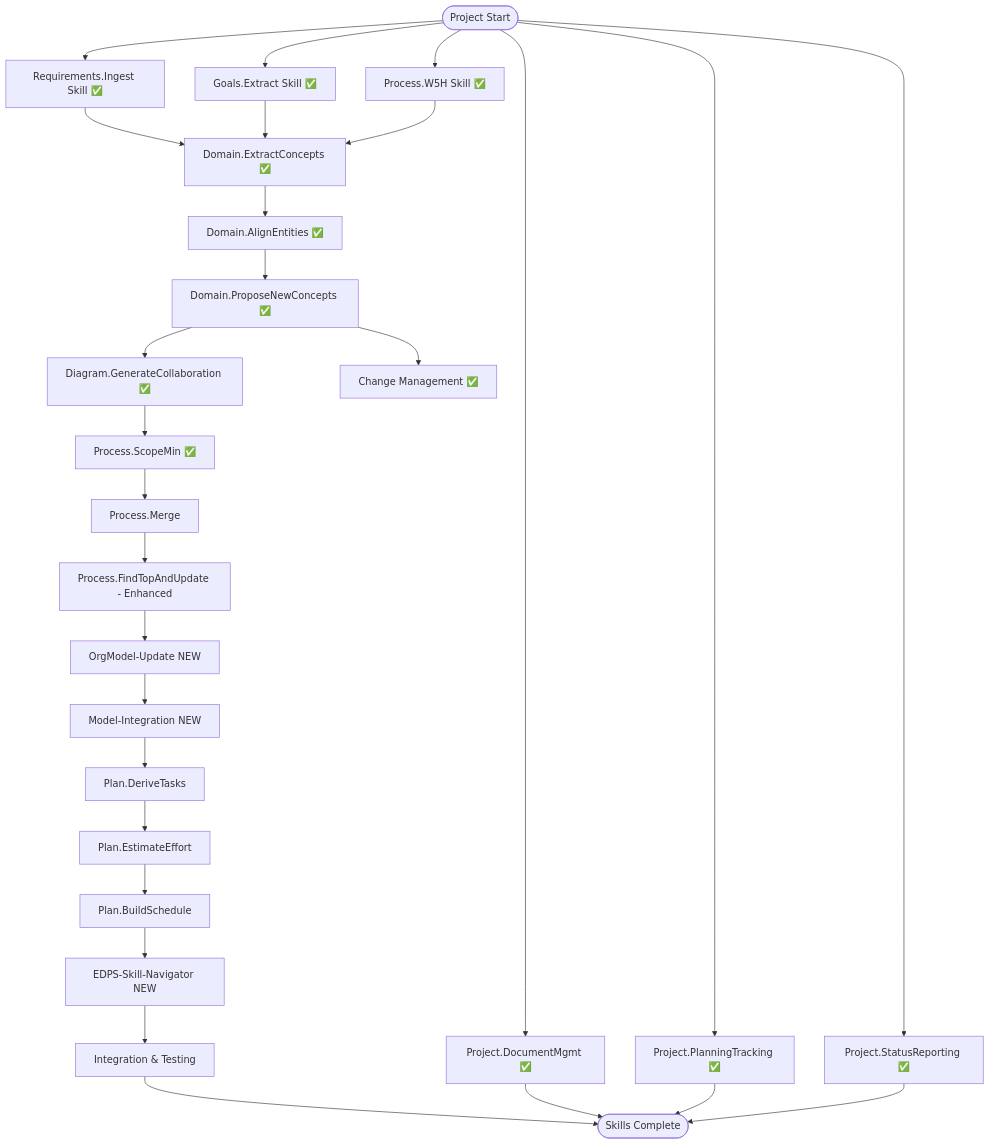
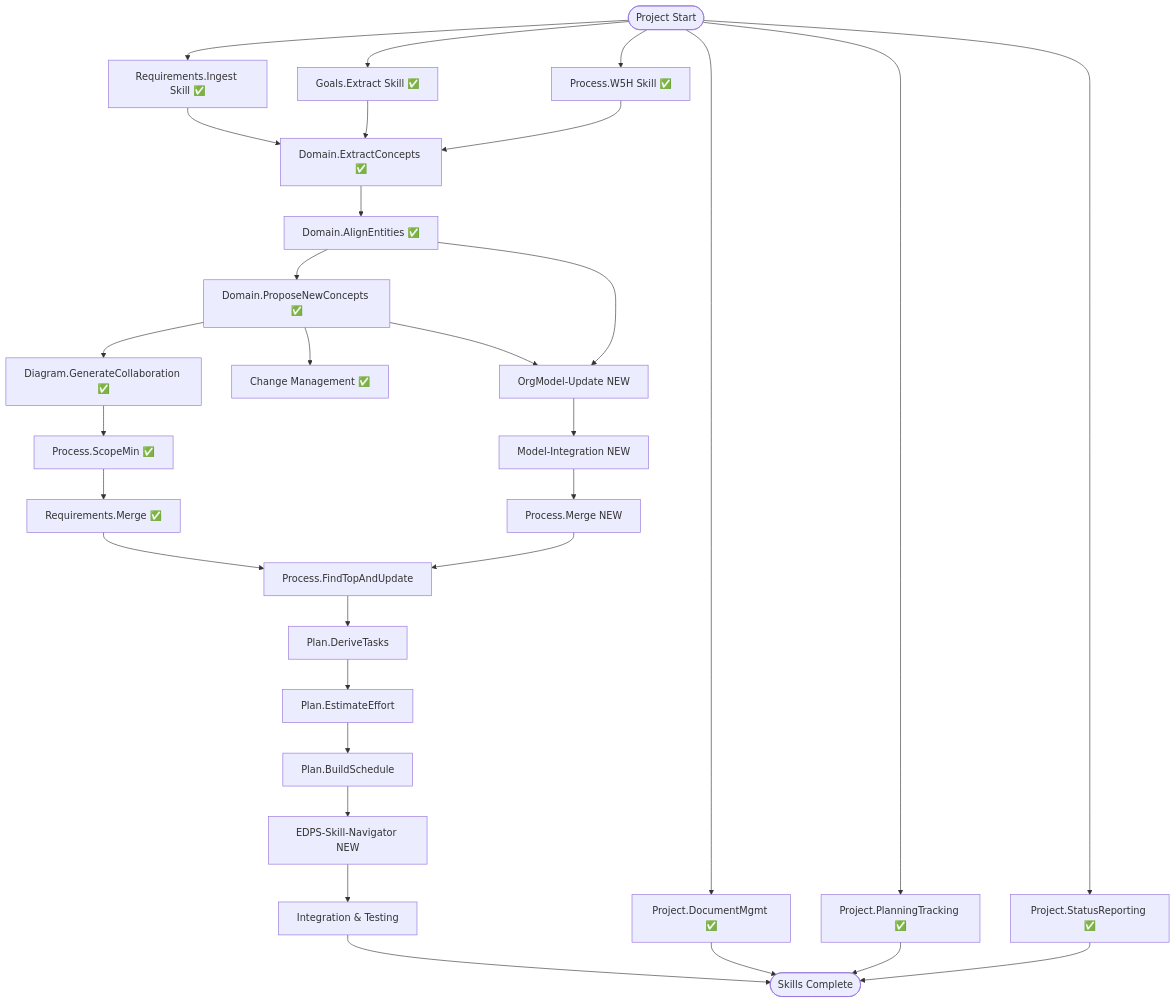
One commit to zhongadamwang/AI_Slowcooker changed the diagram in OrgDocument/projects/01 - Building Skills/project-plan.md. Above: the diagram before and after it, drawn with Mermaid. The commit also changed other lines of this file and 5 other files, not shown here.

Commit message:
Fix process merge skill improper settings

````diff
--- a/OrgDocument/projects/01 - Building Skills/project-plan.md
+++ b/OrgDocument/projects/01 - Building Skills/project-plan.md
@@ -52,30 +55,33 @@
 ```mermaid
 graph TD
     Start([Project Start]) --> T2[Requirements.Ingest Skill ✅]
     Start --> T3[Goals.Extract Skill ✅]
     Start --> T4[Process.W5H Skill ✅]
     T2 --> T5[Domain.ExtractConcepts ✅]
     T3 --> T5
     T4 --> T5
     T5 --> T6[Domain.AlignEntities ✅]
     T6 --> T7[Domain.ProposeNewConcepts ✅]
     T7 --> T8[Diagram.GenerateCollaboration ✅]
     T8 --> T9[Process.ScopeMin ✅]
     T7 --> T16[Change Management ✅]
-    T9 --> T10[Process.Merge]
-    T10 --> T11[Process.FindTopAndUpdate - Enhanced]
-    T11 --> T17[OrgModel-Update NEW]
+    T9 --> T10R[Requirements.Merge ✅]
+    T10R --> T11[Process.FindTopAndUpdate]
+    T6 --> T17[OrgModel-Update NEW]
+    T7 --> T17
     T17 --> T18[Model-Integration NEW]
-    T18 --> T12[Plan.DeriveTasks]
+    T18 --> T10N[Process.Merge NEW]
+    T10N --> T11
+    T11 --> T12[Plan.DeriveTasks]
     T12 --> T13[Plan.EstimateEffort]
     T13 --> T14[Plan.BuildSchedule]
     T14 --> T19[EDPS-Skill-Navigator NEW]
     T19 --> T15[Integration & Testing]
     T15 --> End([Skills Complete])
     Start --> P1[Project.DocumentMgmt ✅]
     Start --> P2[Project.PlanningTracking ✅]
     Start --> P3[Project.StatusReporting ✅]
     P1 --> End
     P2 --> End  
     P3 --> End
 ```
````
